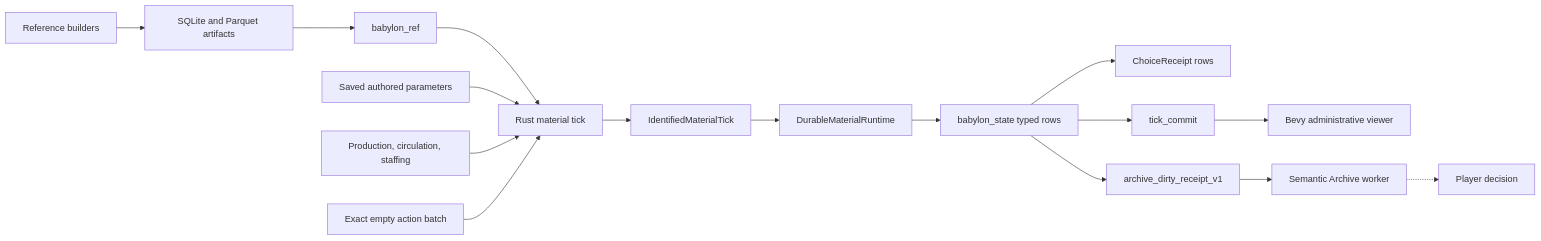
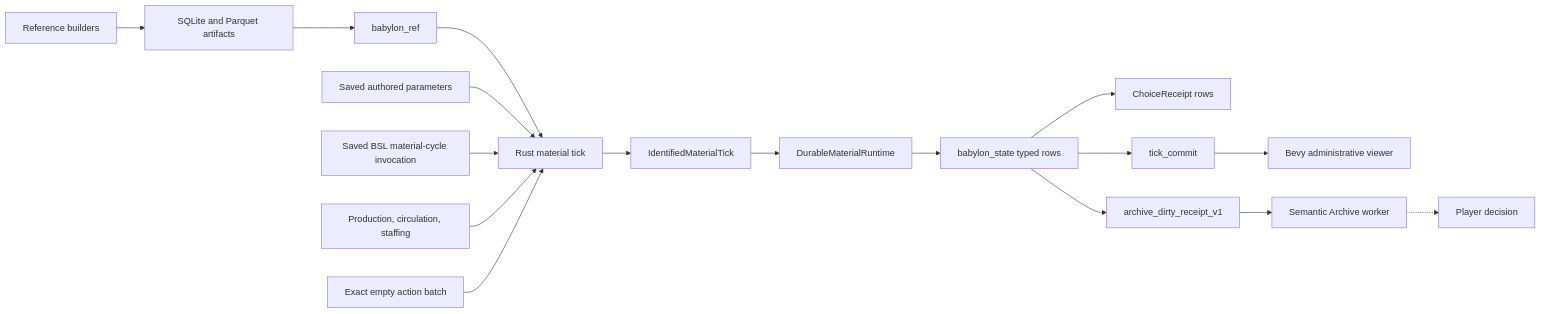
One commit to percy-raskova/babylon changed the diagram in docs/concepts/architecture.rst. Above: the diagram before and after it, drawn with Mermaid. The commit also changed other lines of this file and 43 other files, not shown here.

First line of the commit message:
refactor(bsl): bind Michigan material periods to authored content

```diff
--- a/docs/concepts/architecture.rst
+++ b/docs/concepts/architecture.rst
@@ -284,18 +293,19 @@
 .. mermaid::
 
    flowchart LR
        REF["babylon_ref"] --> TICK["Rust material tick"]
        DEFINES["Saved authored parameters"] --> TICK
+       BSL["Saved BSL material-cycle invocation"] --> TICK
        MATERIAL["Production, circulation, staffing"] --> TICK
        EMPTY["Exact empty action batch"] --> TICK
        TICK --> IDENTIFIED["IdentifiedMaterialTick"]
        IDENTIFIED --> RUNTIME["DurableMaterialRuntime"]
        RUNTIME --> STATE["babylon_state typed rows"]
        STATE --> RECEIPT["ChoiceReceipt rows"]
        STATE --> MARKER["tick_commit"]
        STATE --> DIRTY["archive_dirty_receipt_v1"]
        MARKER --> VIEW["Bevy administrative viewer"]
        PY["Reference builders"] --> DATA["SQLite and Parquet artifacts"]
        DATA --> REF
        DIRTY --> ARCHIVE["Semantic Archive worker"]
        ARCHIVE -.-> CHOICE["Player decision"]
```
